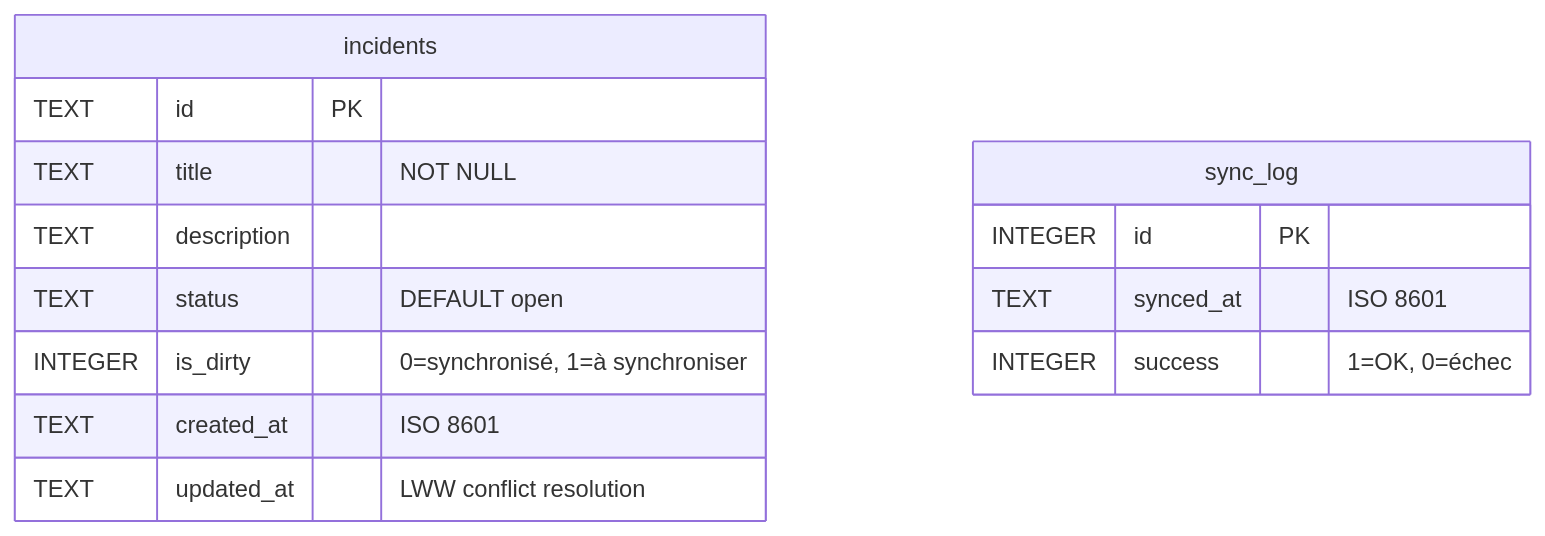
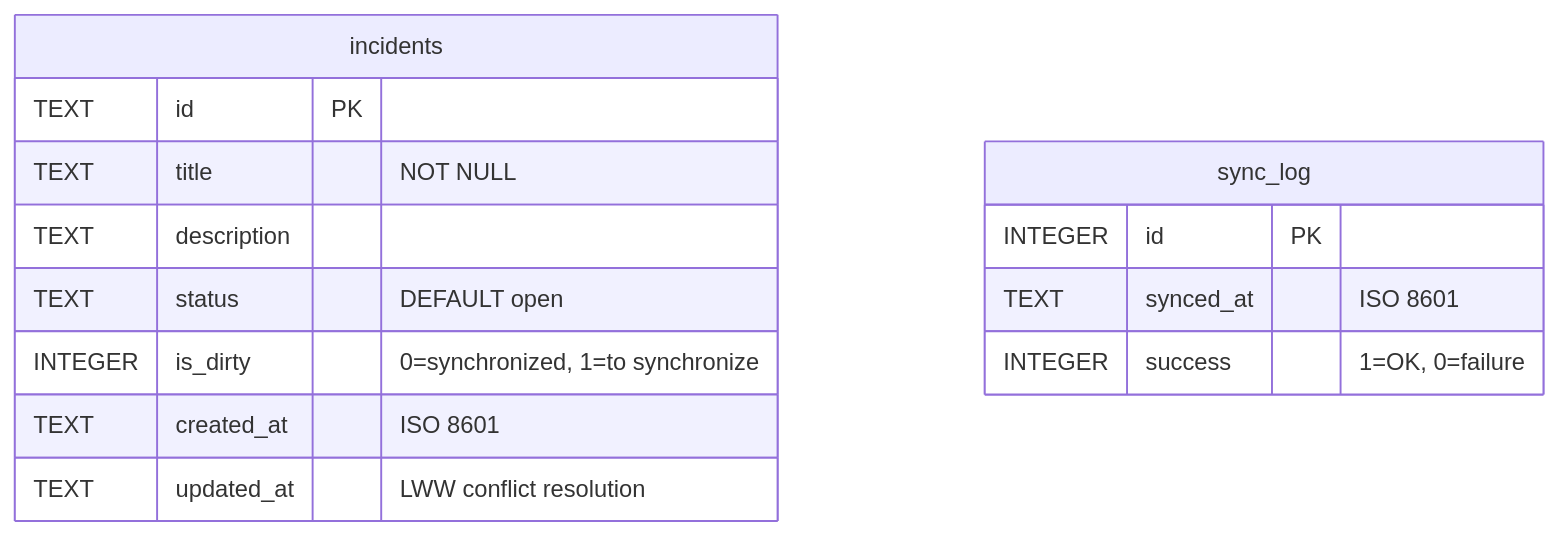
The tenth of 23 diagrams in docs/RAPPORT-ETAPE2.md (creibaud/QuartierConnect), drawn with Mermaid before and after one commit. The commit also changed other lines of this file and 155 other files, not shown here.

````diff
--- a/docs/RAPPORT-ETAPE2.md
+++ b/docs/RAPPORT-ETAPE2.md
@@ -429,18 +429,18 @@
 ```mermaid
 erDiagram
     incidents {
         TEXT    id          PK
         TEXT    title       "NOT NULL"
         TEXT    description
         TEXT    status      "DEFAULT open"
-        INTEGER is_dirty    "0=synchronisé, 1=à synchroniser"
+        INTEGER is_dirty    "0=synchronized, 1=to synchronize"
         TEXT    created_at  "ISO 8601"
         TEXT    updated_at  "LWW conflict resolution"
     }
 
     sync_log {
         INTEGER id        PK
         TEXT    synced_at "ISO 8601"
-        INTEGER success   "1=OK, 0=échec"
+        INTEGER success   "1=OK, 0=failure"
     }
 ```
````
